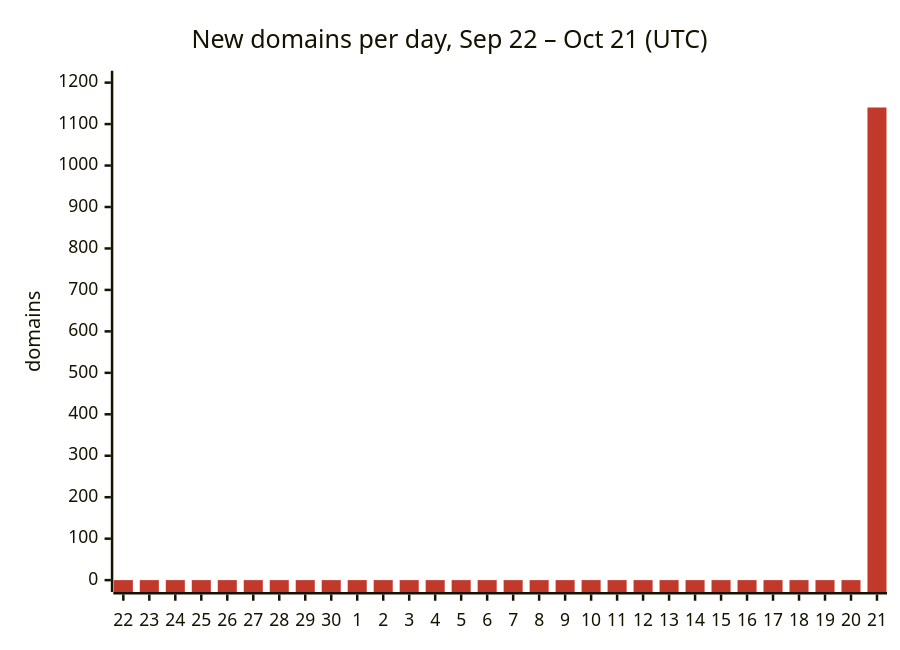
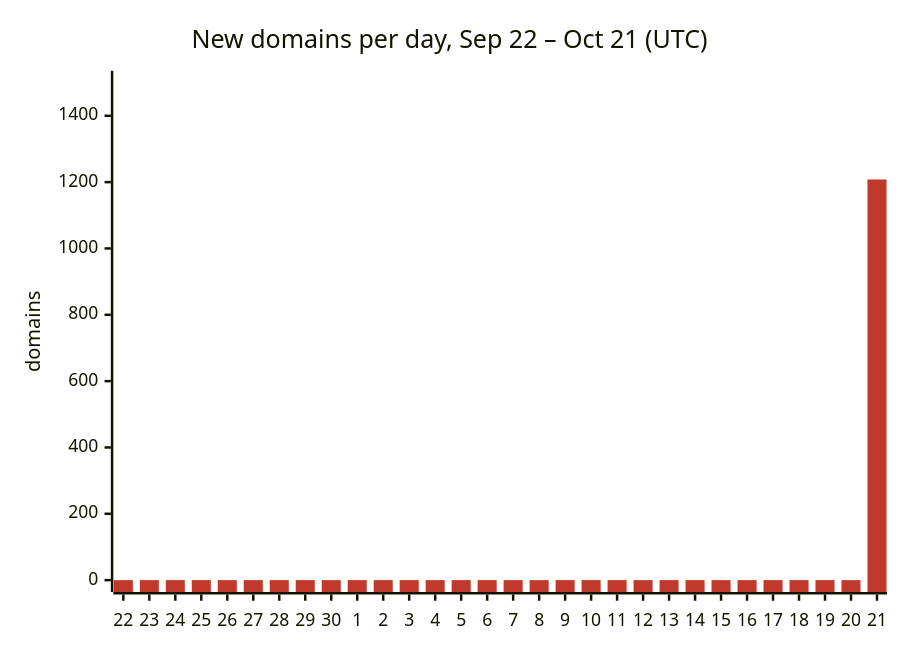
The first of 2 diagrams in README.md (DNSBunker/CTI), drawn with Mermaid before and after one commit. The commit also changed other lines of this file and 3 other files, not shown here.

````diff
--- a/README.md
+++ b/README.md
@@ -29,8 +29,8 @@
 ```mermaid
 %%{init: {"themeVariables": {"xyChart": {"plotColorPalette": "#c0392b"}}}}%%
 xychart-beta
     title "New domains per day, Sep 22 – Oct 21 (UTC)"
     x-axis ["22", "23", "24", "25", "26", "27", "28", "29", "30", "1", "2", "3", "4", "5", "6", "7", "8", "9", "10", "11", "12", "13", "14", "15", "16", "17", "18", "19", "20", "21"]
-    y-axis "domains" 0 --> 1200
-    bar [0, 0, 0, 0, 0, 0, 0, 0, 0, 0, 0, 0, 0, 0, 0, 0, 0, 0, 0, 0, 0, 0, 0, 0, 0, 0, 0, 0, 0, 1140]
+    y-axis "domains" 0 --> 1500
+    bar [0, 0, 0, 0, 0, 0, 0, 0, 0, 0, 0, 0, 0, 0, 0, 0, 0, 0, 0, 0, 0, 0, 0, 0, 0, 0, 0, 0, 0, 1208]
 ```
````
